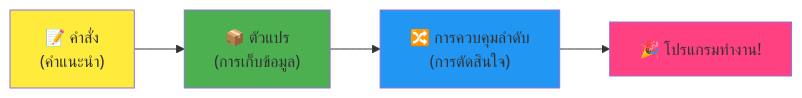
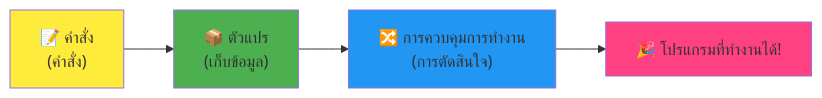
One commit to microsoft/Web-Dev-For-Beginners changed the fourth of 7 diagrams in translations/th/1-getting-started-lessons/1-intro-to-programming-languages/README.md. Above: the diagram before and after it, drawn with Mermaid. The commit also changed other lines of this file and 8 other files, not shown here.

````diff
--- a/translations/th/1-getting-started-lessons/1-intro-to-programming-languages/README.md
+++ b/translations/th/1-getting-started-lessons/1-intro-to-programming-languages/README.md
@@ -466,9 +466,9 @@
 ```mermaid
 flowchart LR
-    A["📝 คำสั่ง<br/>(คำแนะนำ)"] --> B["📦 ตัวแปร<br/>(การเก็บข้อมูล)"] --> C["🔀 การควบคุมลำดับ<br/>(การตัดสินใจ)"] --> D["🎉 โปรแกรมทำงาน!"]
+    A["📝 คำสั่ง<br/>(คำสั่ง)"] --> B["📦 ตัวแปร<br/>(เก็บข้อมูล)"] --> C["🔀 การควบคุมการทำงาน<br/>(การตัดสินใจ)"] --> D["🎉 โปรแกรมที่ทำงานได้!"]
     
     style A fill:#ffeb3b
     style B fill:#4caf50
     style C fill:#2196f3
     style D fill:#ff4081
 ```
````
